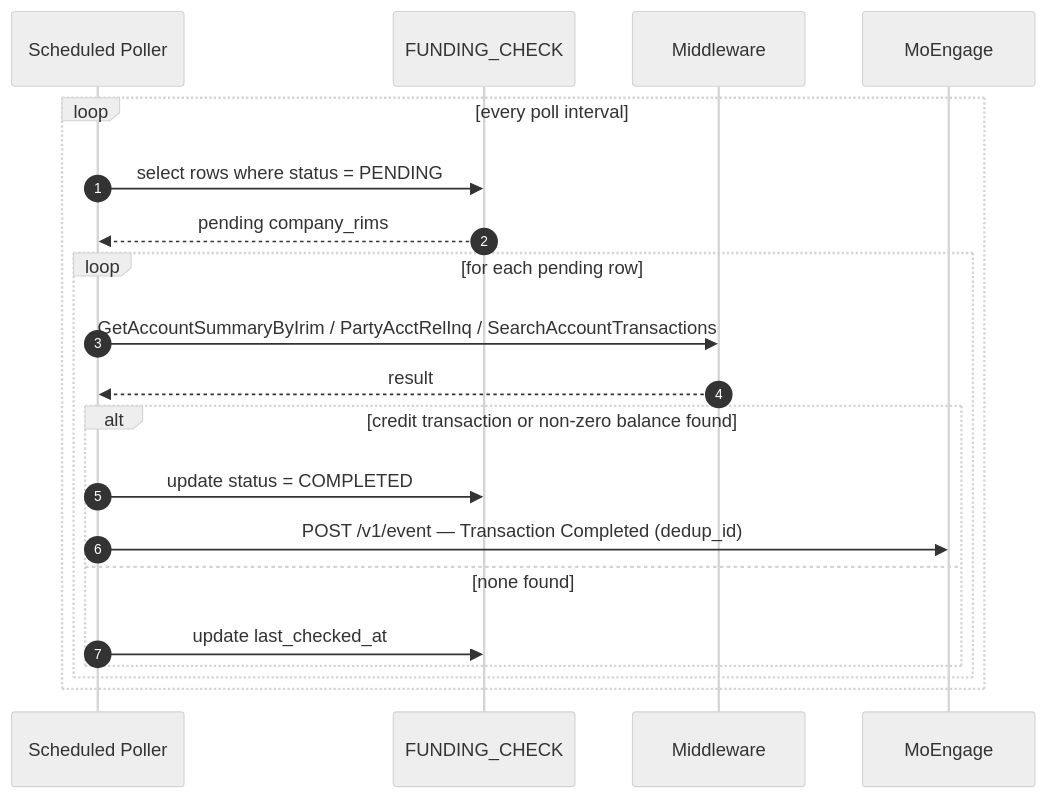
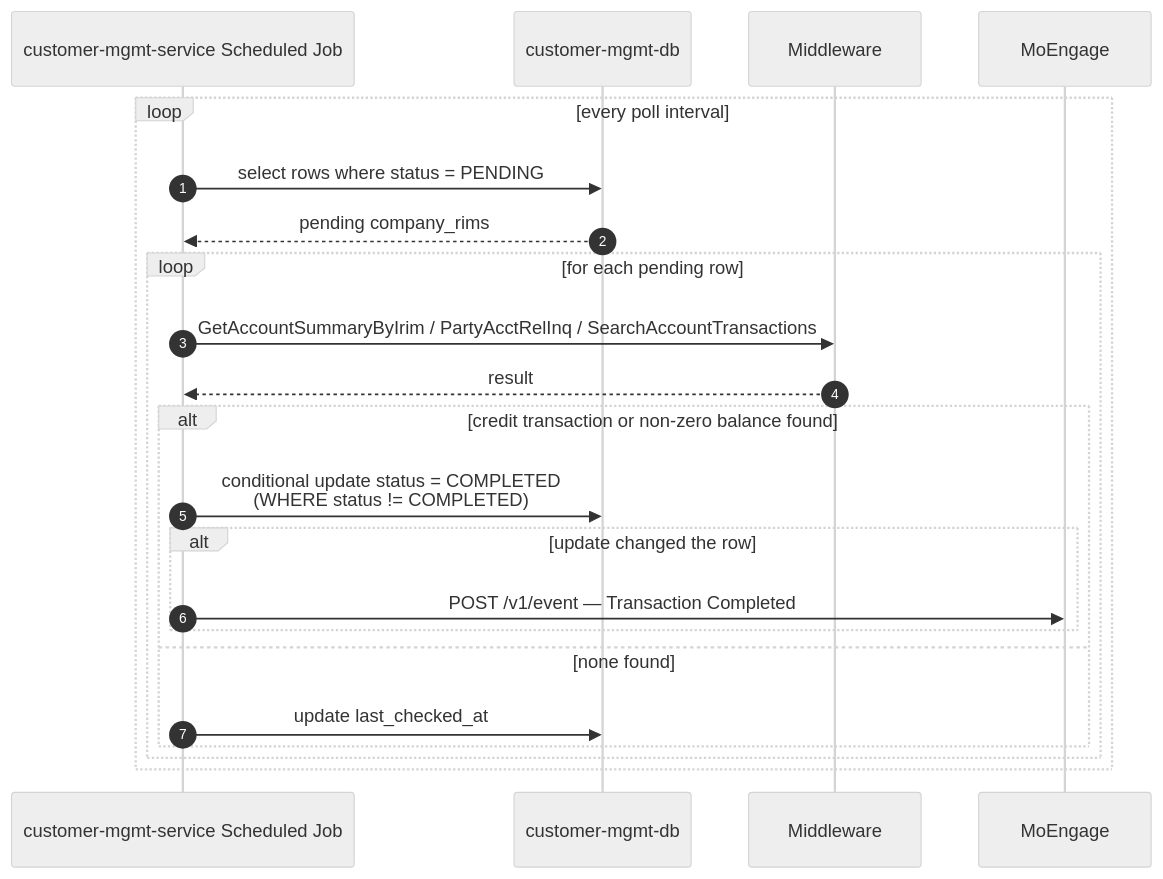
Before and after one commit to tbrudnicki/cbd: the third of 3 diagrams in nudges/First-founding-moengage-sdk-delivery-solution-design.md, drawn with Mermaid (neutral theme). The commit also changed other lines of this file, not shown here.

```diff
--- a/nudges/First-founding-moengage-sdk-delivery-solution-design.md
+++ b/nudges/First-founding-moengage-sdk-delivery-solution-design.md
@@ -125,23 +130,25 @@
 ::: mermaid
 sequenceDiagram
 autonumber
-participant sched as Scheduled Poller
-participant db as FUNDING_CHECK
+participant sched as customer-mgmt-service Scheduled Job
+participant db as customer-mgmt-db
 participant mw as Middleware
 participant moe as MoEngage
 
 loop every poll interval
     sched ->> db: select rows where status = PENDING
     db -->> sched: pending company_rims
     loop for each pending row
         sched ->> mw: GetAccountSummaryByIrim / PartyAcctRelInq / SearchAccountTransactions
         mw -->> sched: result
         alt credit transaction or non-zero balance found
-            sched ->> db: update status = COMPLETED
-            sched ->> moe: POST /v1/event — Transaction Completed (dedup_id)
+            sched ->> db: conditional update status = COMPLETED<br>(WHERE status != COMPLETED)
+            alt update changed the row
+                sched ->> moe: POST /v1/event — Transaction Completed
+            end
         else none found
             sched ->> db: update last_checked_at
         end
     end
 end
 :::
```
